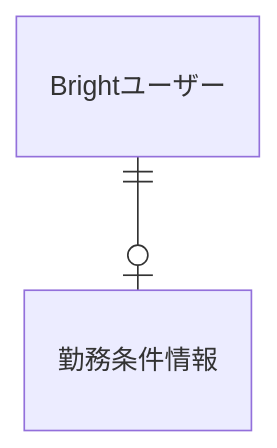
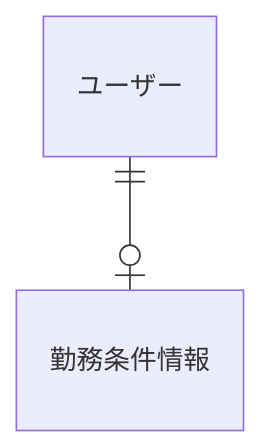
Before and after one commit to bright-org/bright: the fifth of 11 diagrams in docs/conceptual_schemas/users.md, drawn with Mermaid. The commit also changed other lines of this file, not shown here.

````diff
--- a/docs/conceptual_schemas/users.md
+++ b/docs/conceptual_schemas/users.md
@@ -72,4 +68,4 @@
 ```mermaid
 erDiagram
-  "Brightユーザー"||--o|"勤務条件情報" : ""
+  "ユーザー"||--o|"勤務条件情報" : ""
 ```
````
